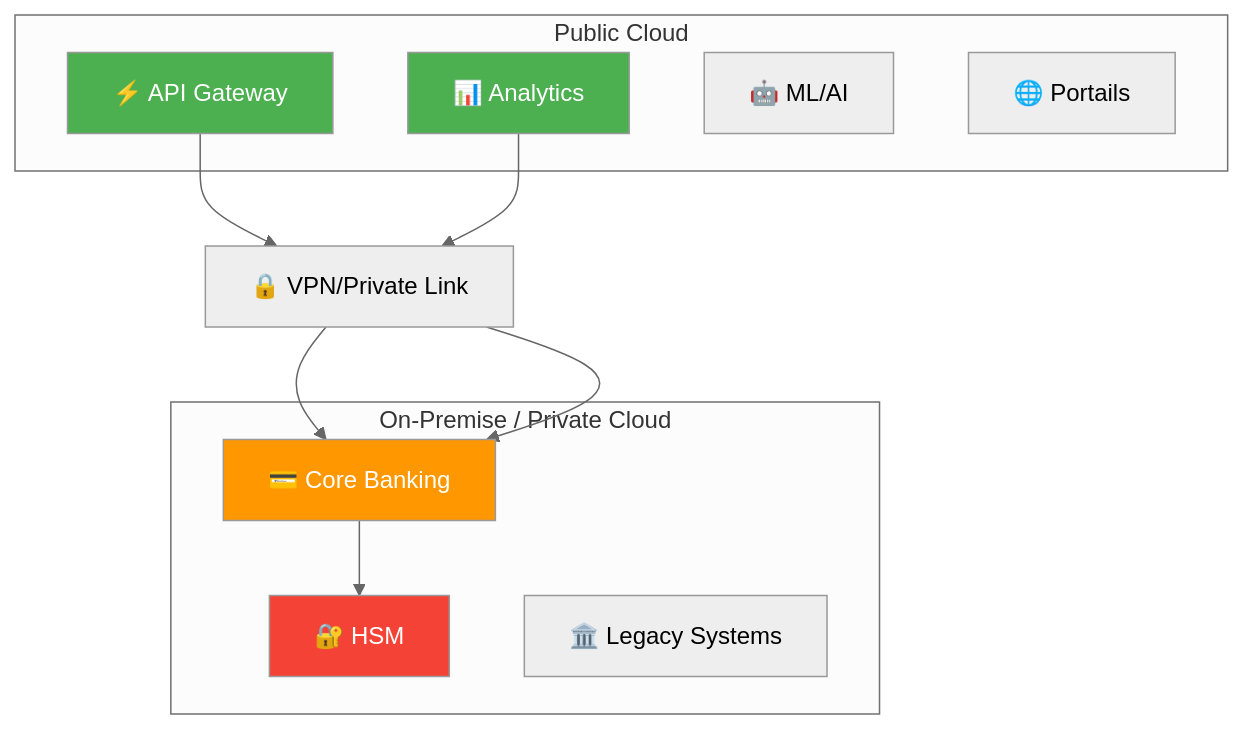
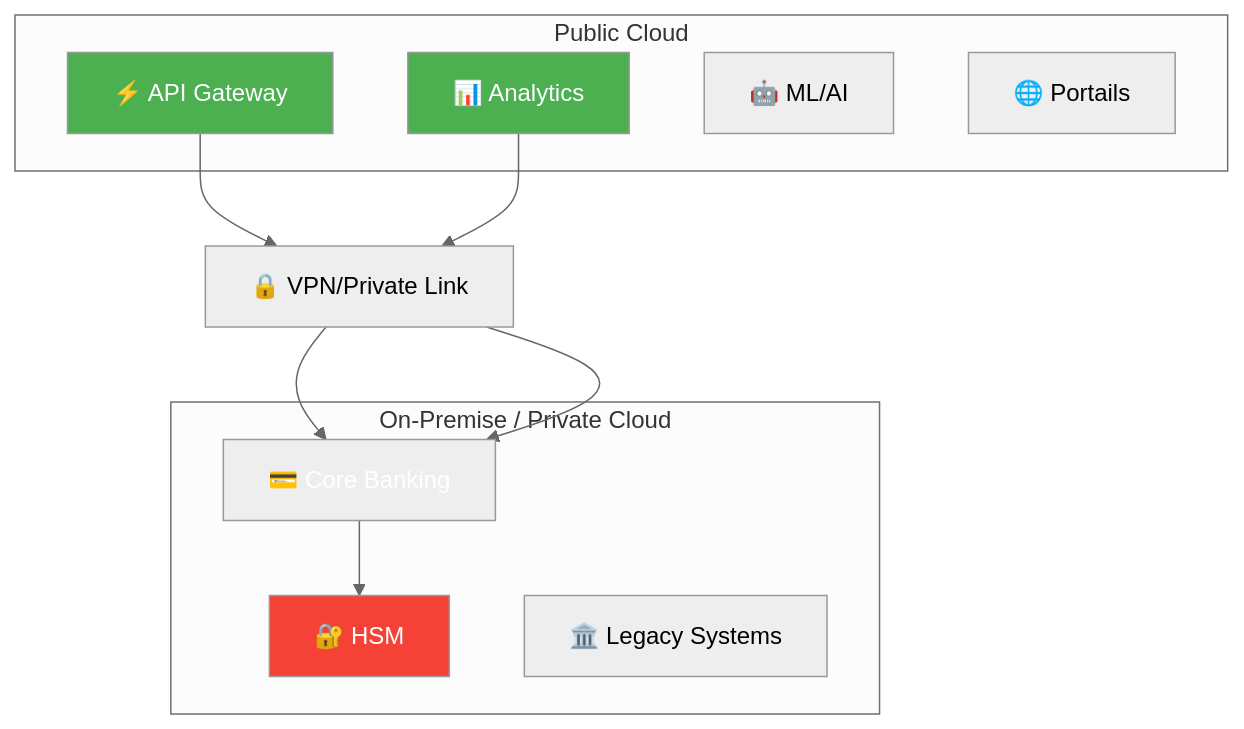
One commit to VBlackJack/ShellBook changed the fourth of 11 diagrams in docs/formations/cloud-fundamentals/07-module.md. Above: the diagram before and after it, drawn with Mermaid (neutral theme). The commit also changed other lines of this file and 337 other files, not shown here.

First line of the commit message:
refactor(docs): Standardize code blocks and Mermaid colors

````diff
--- a/docs/formations/cloud-fundamentals/07-module.md
+++ b/docs/formations/cloud-fundamentals/07-module.md
@@ -141,26 +141,26 @@
 ```mermaid
 graph TB
     subgraph "On-Premise / Private Cloud"
         HSM["🔐 HSM"]
         CORE["💳 Core Banking"]
         LEGACY["🏛️ Legacy Systems"]
     end
 
     subgraph "Public Cloud"
         API["⚡ API Gateway"]
         ANALYTICS["📊 Analytics"]
         ML["🤖 ML/AI"]
         WEB["🌐 Portails"]
     end
 
     VPN["🔒 VPN/Private Link"]
 
     API --> VPN --> CORE
     ANALYTICS --> VPN --> CORE
     CORE --> HSM
 
     style HSM fill:#f44336,color:#fff
-    style CORE fill:#ff9800,color:#fff
+    style CORE fill:#FF9800800800,color:#fff
     style API fill:#4caf50,color:#fff
     style ANALYTICS fill:#4caf50,color:#fff
 ```
````
